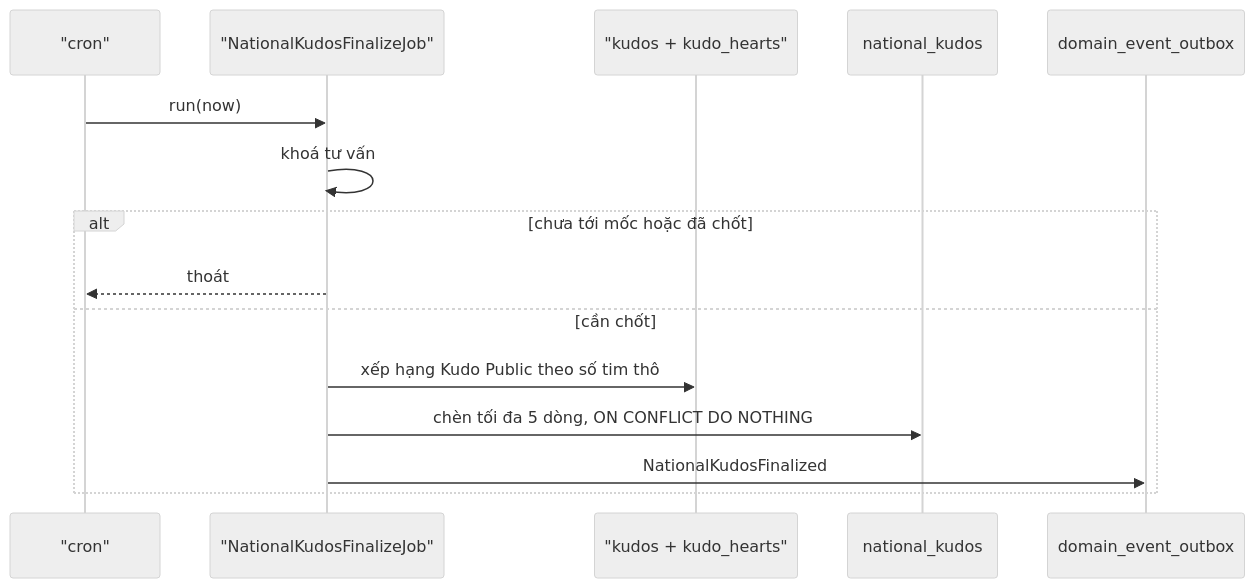
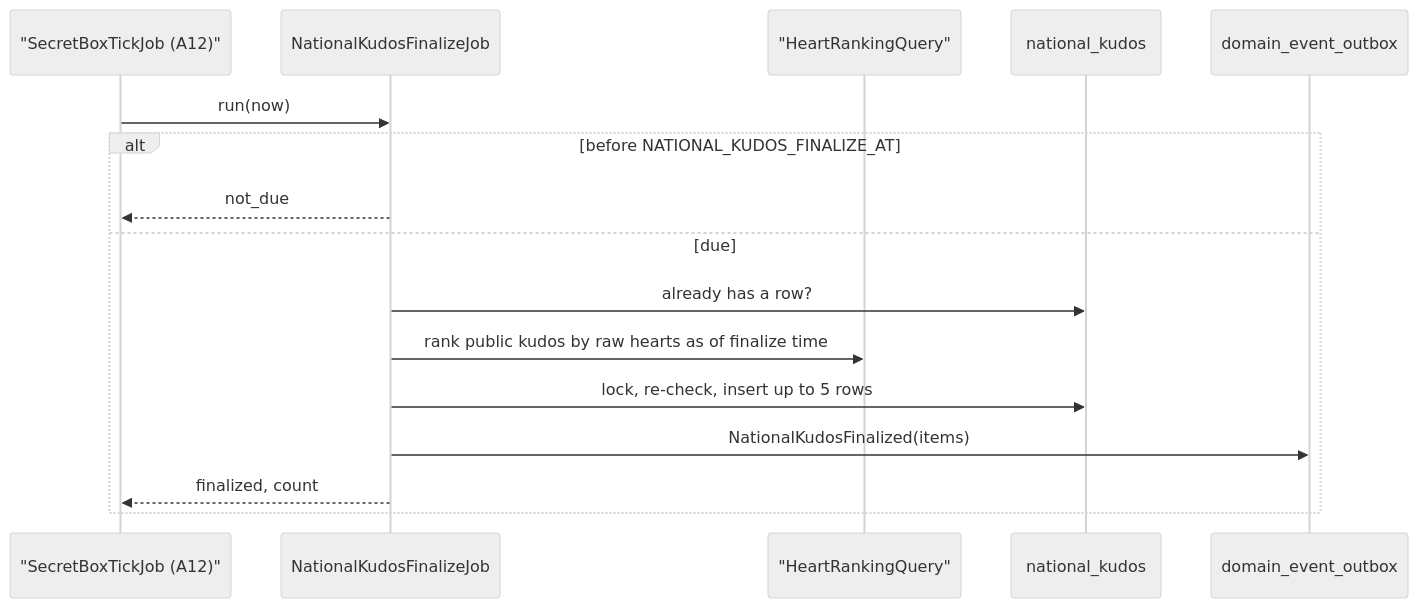
One commit to hailv-3571/agentic-coding-hands-on changed the seventh of 11 diagrams in docs/features/F010_SecretBoxRewards/technical-spec.md. Above: the diagram before and after it, drawn with Mermaid (neutral theme). The commit also changed other lines of this file and 152 other files, not shown here.

````diff
--- a/docs/features/F010_SecretBoxRewards/technical-spec.md
+++ b/docs/features/F010_SecretBoxRewards/technical-spec.md
@@ -261,17 +414,18 @@
 ```mermaid
 sequenceDiagram
-    participant J as "cron"
-    participant R as "NationalKudosFinalizeJob"
-    participant K as "kudos + kudo_hearts"
+    participant T as "SecretBoxTickJob (A12)"
+    participant J as NationalKudosFinalizeJob
+    participant R as "HeartRankingQuery"
     participant N as national_kudos
     participant O as domain_event_outbox
-    J->>R: run(now)
-    R->>R: khoá tư vấn
-    alt chưa tới mốc hoặc đã chốt
-        R-->>J: thoát
-    else cần chốt
-        R->>K: xếp hạng Kudo Public theo số tim thô
-        R->>N: chèn tối đa 5 dòng, ON CONFLICT DO NOTHING
-        R->>O: NationalKudosFinalized
+    T->>J: run(now)
+    alt before NATIONAL_KUDOS_FINALIZE_AT
+        J-->>T: not_due
+    else due
+        J->>N: already has a row?
+        J->>R: rank public kudos by raw hearts as of finalize time
+        J->>N: lock, re-check, insert up to 5 rows
+        J->>O: NationalKudosFinalized(items)
+        J-->>T: finalized, count
     end
 ```
````
